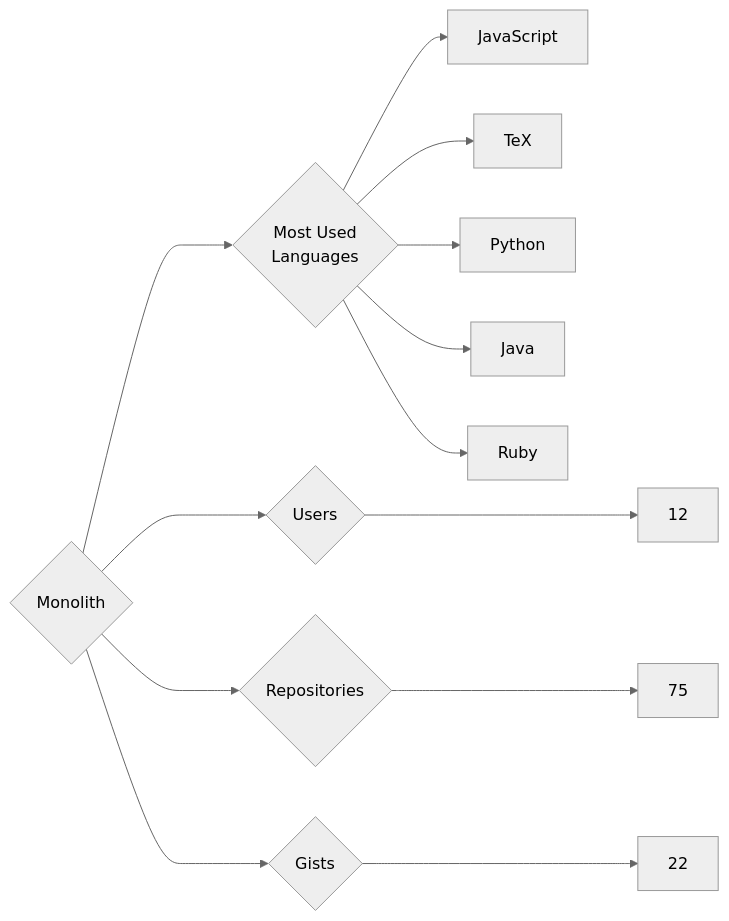
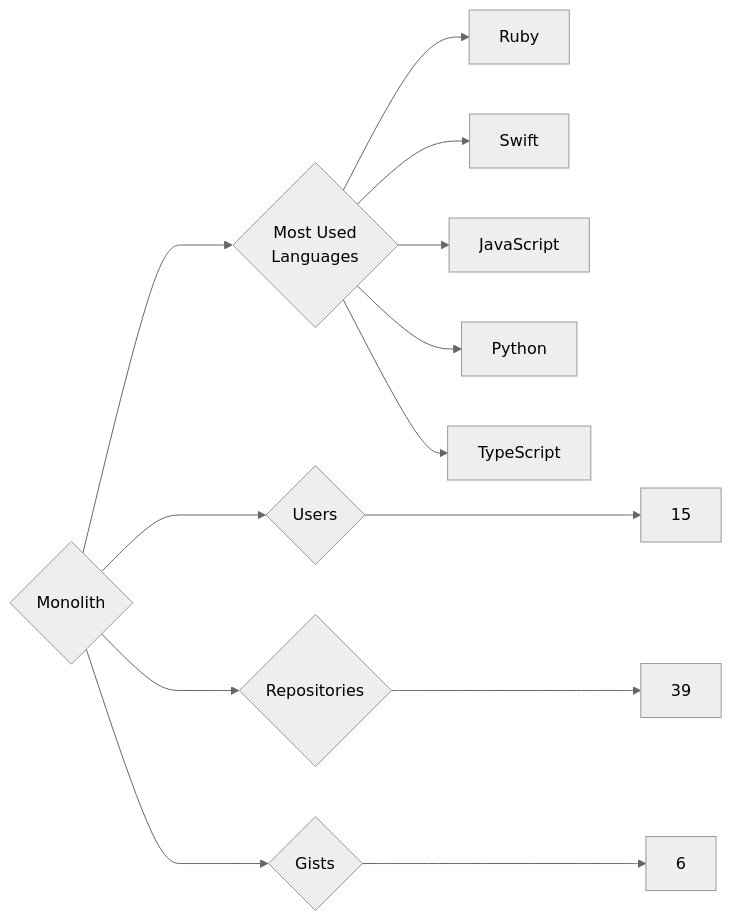
Before and after one commit to trickest/insiders: the diagram in targets/Monolith/README.md, drawn with Mermaid (neutral theme). The commit also changed 814 other files, not shown here.

````diff
--- a/targets/Monolith/README.md
+++ b/targets/Monolith/README.md
@@ -3,13 +3,13 @@
 ```mermaid
 graph LR
 COMPANY_NAME{Monolith}
-COMPANY_NAME ---> U{Users} ---> UN[12]
-COMPANY_NAME ---> R{Repositories} ---> RN[75]
-COMPANY_NAME ---> G{Gists} ---> GN[22]
+COMPANY_NAME ---> U{Users} ---> UN[15]
+COMPANY_NAME ---> R{Repositories} ---> RN[39]
+COMPANY_NAME ---> G{Gists} ---> GN[6]
 COMPANY_NAME ---> ML{Most Used<br>Languages}
+ML --> Ruby[Ruby]
+ML --> Swift[Swift]
 ML --> JavaScript[JavaScript]
-ML --> TeX[TeX]
 ML --> Python[Python]
-ML --> Java[Java]
-ML --> Ruby[Ruby]
+ML --> TypeScript[TypeScript]
 ```
````
